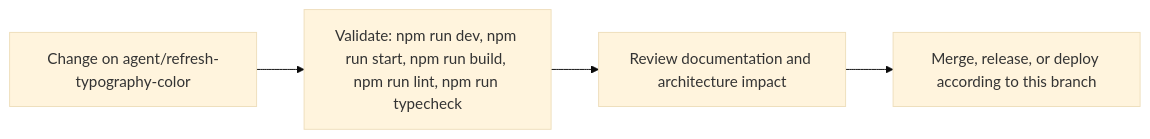
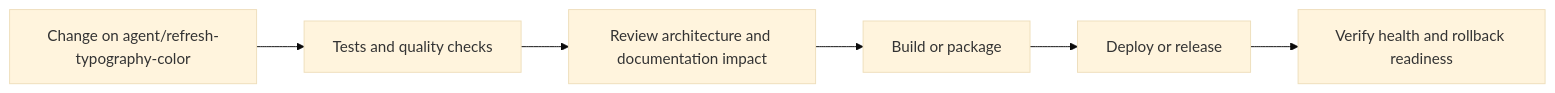
The fourth of 5 diagrams in README.md (Nischhalsubba/BindForge-NW), drawn with Mermaid (base theme) before and after one commit. The commit also changed other lines of this file, not shown here.

````diff
--- a/README.md
+++ b/README.md
@@ -71,8 +147,8 @@
 ```mermaid
 flowchart LR
-    CHANGE["Change on agent/refresh-typography-color"]
-    CHECK["Validate: npm run dev, npm run start, npm run build, npm run lint, npm run typecheck"]
-    REVIEW["Review documentation and architecture impact"]
-    RELEASE["Merge, release, or deploy according to this branch"]
-    CHANGE --> CHECK --> REVIEW --> RELEASE
+    CHANGE["Change on agent/refresh-typography-color"] --> CHECK["Tests and quality checks"]
+    CHECK --> REVIEW["Review architecture and documentation impact"]
+    REVIEW --> BUILD["Build or package"]
+    BUILD --> DEPLOY["Deploy or release"]
+    DEPLOY --> VERIFY["Verify health and rollback readiness"]
 ```
````
